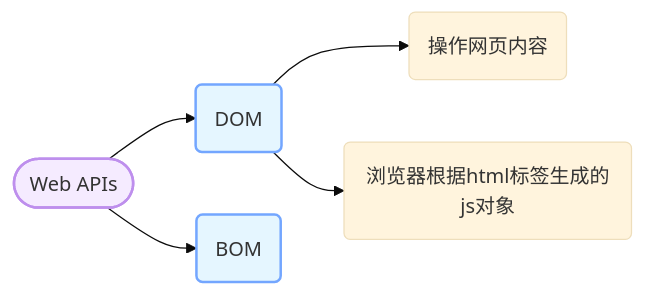
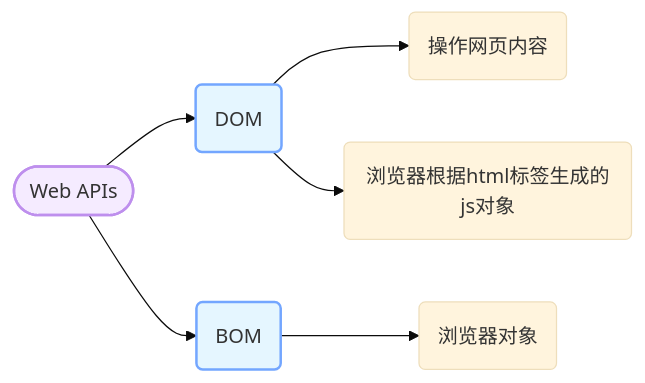
The first of 3 diagrams in docs/src/Notes/JS学习/Pink前端/APIs.md (4triumph/docs-blog), drawn with Mermaid (base theme) before and after one commit. The commit also changed other lines of this file, not shown here.

````diff
--- a/docs/src/Notes/JS学习/Pink前端/APIs.md
+++ b/docs/src/Notes/JS学习/Pink前端/APIs.md
@@ -5,9 +5,10 @@
 ```mermaid
 graph LR
     classDef startend fill:#F5EBFF,stroke:#BE8FED,stroke-width:2px;
     classDef process fill:#E5F6FF,stroke:#73A6FF,stroke-width:2px;
 
     A([Web APIs]):::startend --> B(DOM):::process --> D(操作网页内容)
     B --> E(浏览器根据html标签生成的js对象)
     A --> C(BOM):::process
+    C --> F(浏览器对象)
 ```
````
